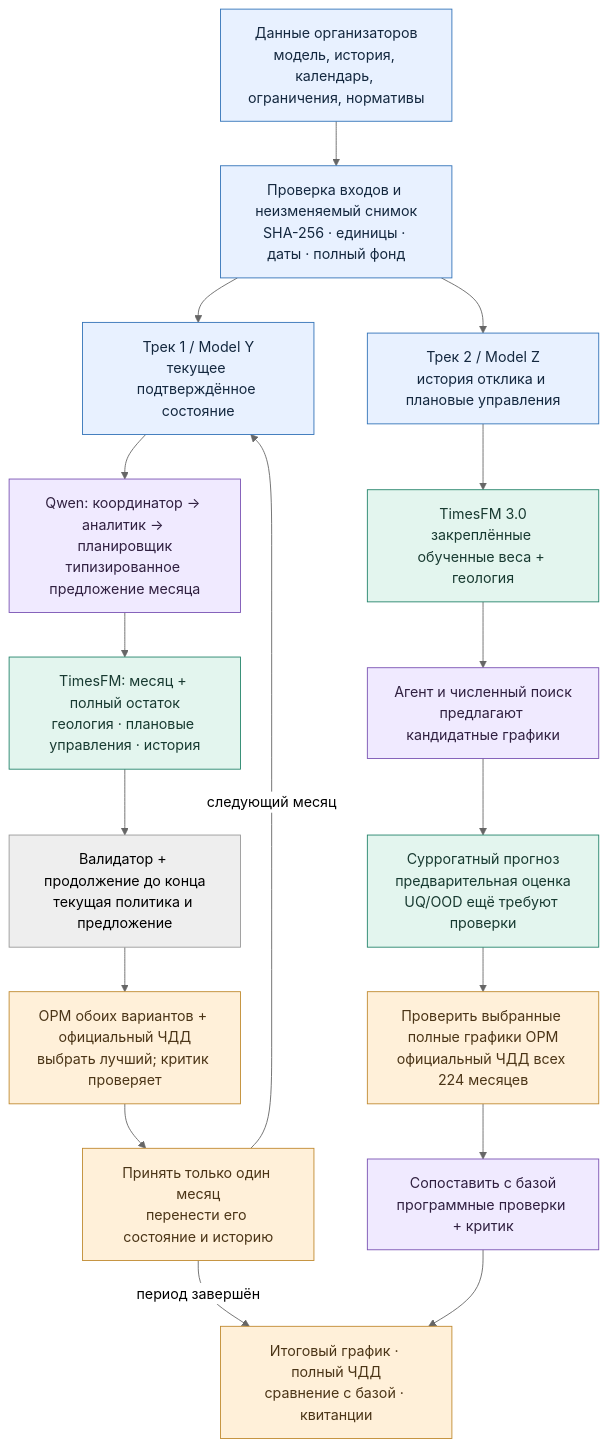
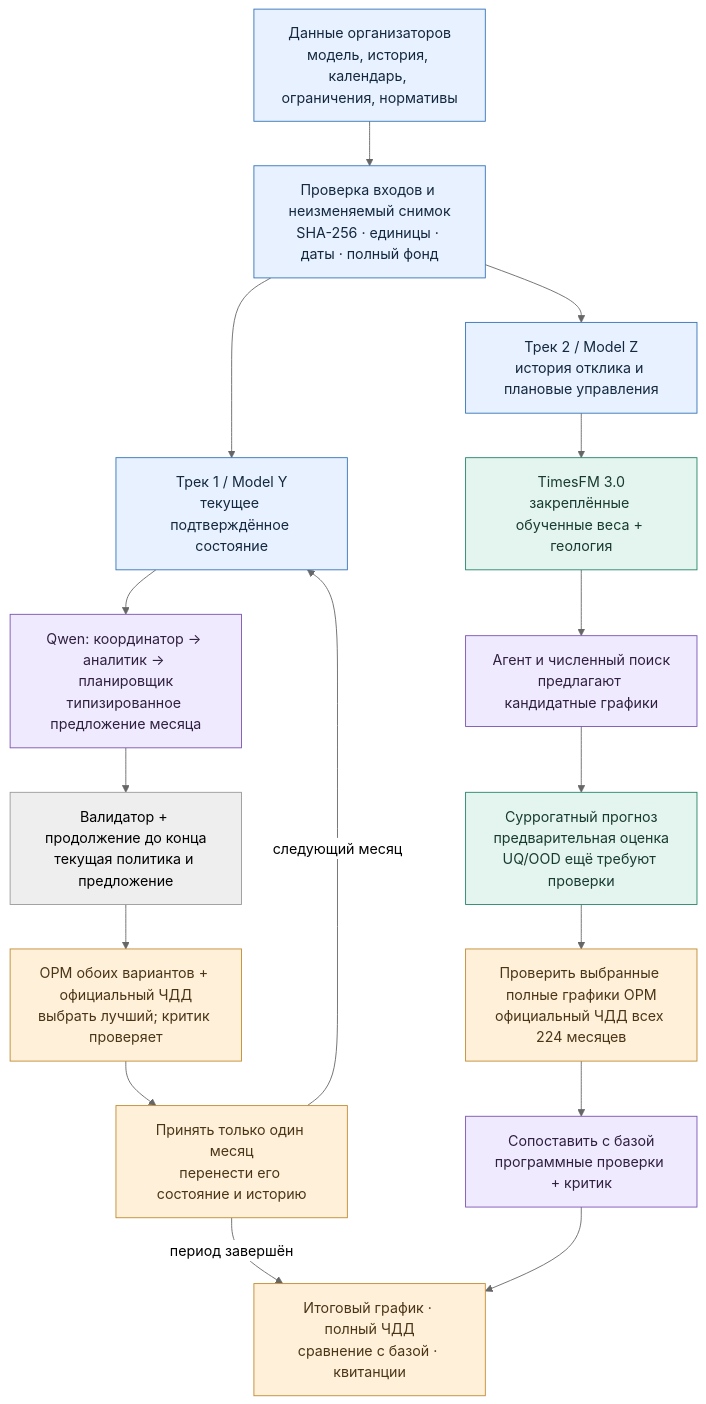
Before and after one commit to DarkPrinceWarrior/TimesOil: the first of 6 diagrams in docs/ALGORITHM_TRACKS_1_2.md, drawn with Mermaid (neutral theme). The commit also changed other lines of this file and 5 other files, not shown here.

````diff
--- a/docs/ALGORITHM_TRACKS_1_2.md
+++ b/docs/ALGORITHM_TRACKS_1_2.md
@@ -61,27 +65,26 @@
 ```mermaid
 flowchart TB
     D["Данные организаторов<br/>модель, история, календарь, ограничения, нормативы"] --> V["Проверка входов и неизменяемый снимок<br/>SHA-256 · единицы · даты · полный фонд"]
     V --> Y["Трек 1 / Model Y<br/>текущее подтверждённое состояние"]
     V --> Z["Трек 2 / Model Z<br/>история отклика и плановые управления"]
     Y --> A["Qwen: координатор → аналитик → планировщик<br/>типизированное предложение месяца"]
-    A --> F1["TimesFM: месяц + полный остаток<br/>геология · плановые управления · история"]
-    F1 --> P["Валидатор + продолжение до конца<br/>текущая политика и предложение"]
+    A --> P["Валидатор + продолжение до конца<br/>текущая политика и предложение"]
     P --> G1["OPM обоих вариантов + официальный ЧДД<br/>выбрать лучший; критик проверяет"]
     G1 --> C["Принять только один месяц<br/>перенести его состояние и историю"]
     C -->|"следующий месяц"| Y
     C -->|"период завершён"| OUT["Итоговый график · полный ЧДД<br/>сравнение с базой · квитанции"]
     Z --> S["TimesFM 3.0<br/>закреплённые обученные веса + геология"]
     S --> Q["Агент и численный поиск<br/>предлагают кандидатные графики"]
     Q --> R["Суррогатный прогноз<br/>предварительная оценка<br/>UQ/OOD ещё требуют проверки"]
     R --> G2["Проверить выбранные полные графики OPM<br/>официальный ЧДД всех 224 месяцев"]
     G2 --> K["Сопоставить с базой<br/>программные проверки + критик"]
     K --> OUT
     classDef data fill:#e8f1ff,stroke:#3273b8,color:#14283f;
     classDef agent fill:#f0eaff,stroke:#7952b3,color:#302040;
     classDef model fill:#e3f5ee,stroke:#24846b,color:#183a31;
     classDef proof fill:#fff0d9,stroke:#c08a30,color:#4b3517;
     class D,V,Y,Z data;
     class A,Q,K agent;
-    class S,R,F1 model;
+    class S,R model;
     class G1,G2,C,OUT proof;
 ```
````
